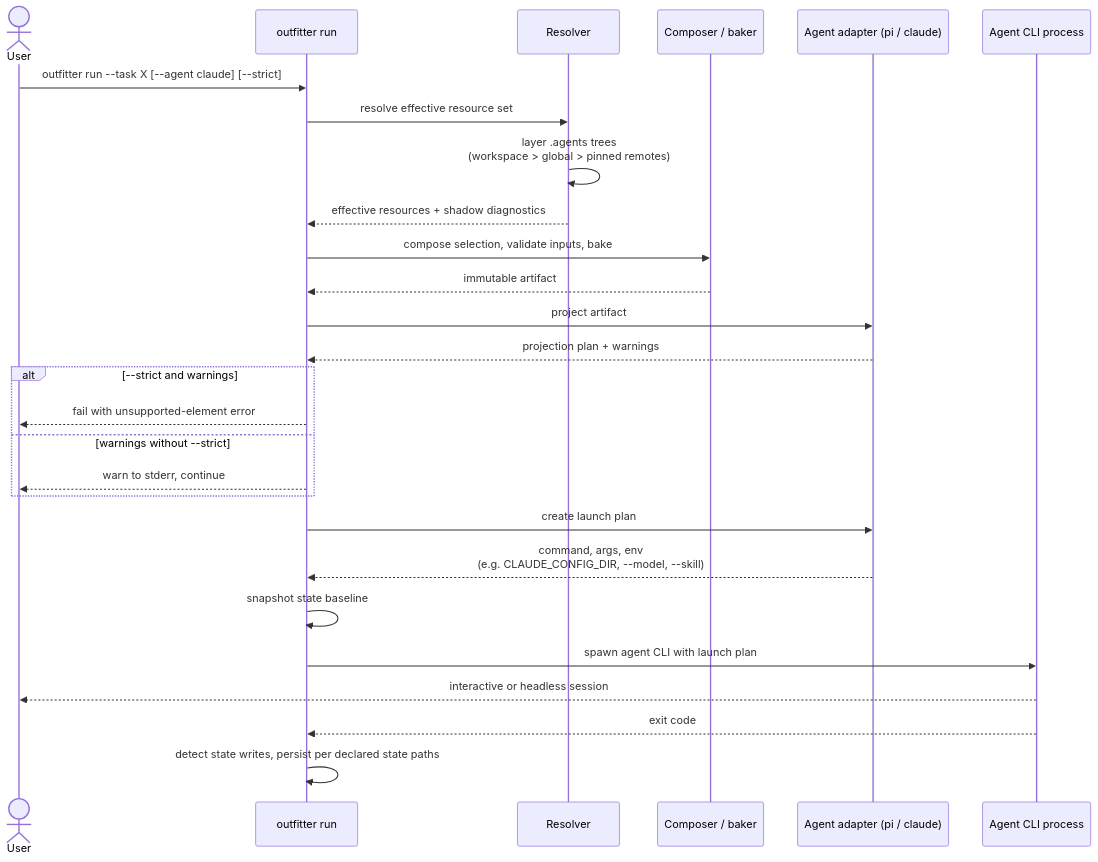
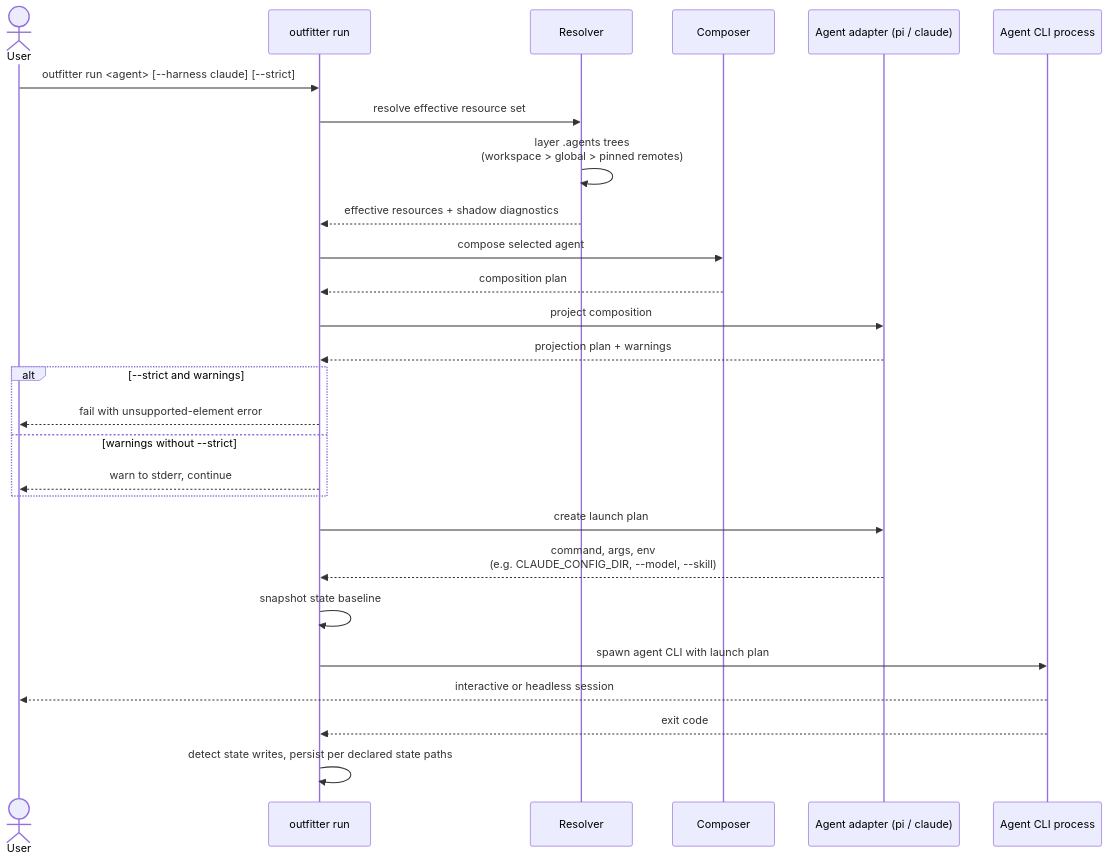
The second of 3 diagrams in docs/architecture/diagrams.md (ai-outfitter/outfitter), drawn with Mermaid before and after one commit. The commit also changed other lines of this file and 18 other files, not shown here.

````diff
--- a/docs/architecture/diagrams.md
+++ b/docs/architecture/diagrams.md
@@ -45,30 +43,30 @@
 ```mermaid
 sequenceDiagram
   actor User
   participant CLI as outfitter run
   participant Resolver as Resolver
-  participant Baker as Composer / baker
+  participant Composer as Composer
   participant Adapter as Agent adapter (pi / claude)
   participant Agent as Agent CLI process
 
-  User->>CLI: outfitter run --task X [--agent claude] [--strict]
+  User->>CLI: outfitter run <agent> [--harness claude] [--strict]
   CLI->>Resolver: resolve effective resource set
   Resolver->>Resolver: layer .agents trees<br>(workspace > global > pinned remotes)
   Resolver-->>CLI: effective resources + shadow diagnostics
-  CLI->>Baker: compose selection, validate inputs, bake
-  Baker-->>CLI: immutable artifact
-  CLI->>Adapter: project artifact
+  CLI->>Composer: compose selected agent
+  Composer-->>CLI: composition plan
+  CLI->>Adapter: project composition
   Adapter-->>CLI: projection plan + warnings
   alt --strict and warnings
     CLI-->>User: fail with unsupported-element error
   else warnings without --strict
     CLI-->>User: warn to stderr, continue
   end
   CLI->>Adapter: create launch plan
   Adapter-->>CLI: command, args, env<br>(e.g. CLAUDE_CONFIG_DIR, --model, --skill)
   CLI->>CLI: snapshot state baseline
   CLI->>Agent: spawn agent CLI with launch plan
   Agent-->>User: interactive or headless session
   Agent-->>CLI: exit code
   CLI->>CLI: detect state writes, persist per declared state paths
 ```
````
